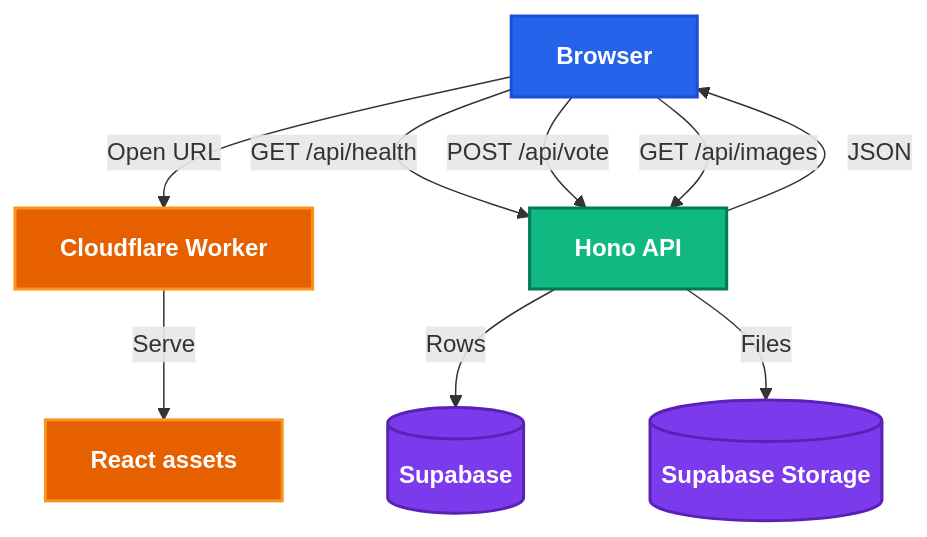
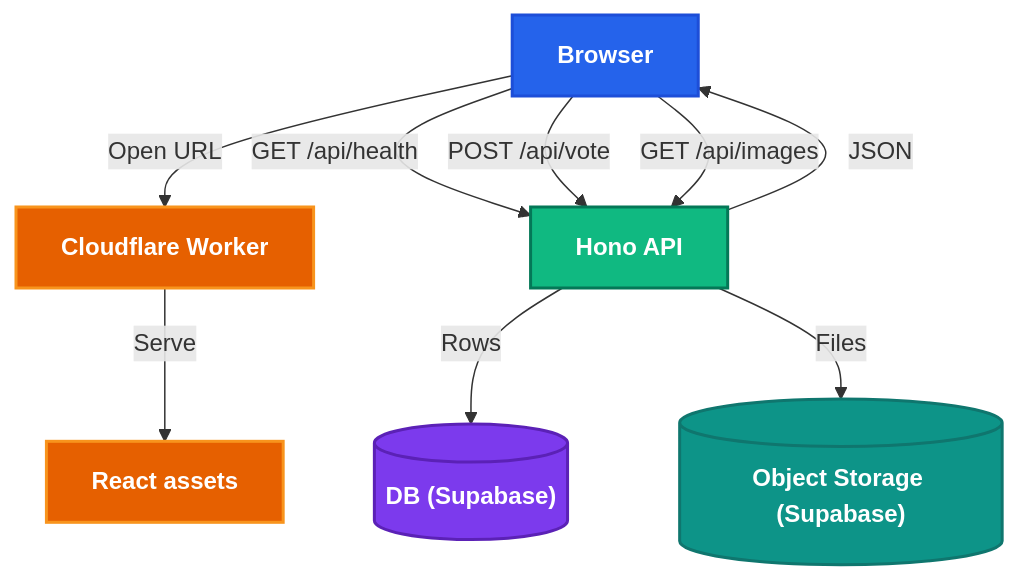
The sixth of 8 diagrams in slides/pages/part-1.md (PuttTim/orbital-26-deployment-workshop), drawn with Mermaid before and after one commit. The commit also changed other lines of this file and 1 other file, not shown here.

````diff
--- a/slides/pages/part-1.md
+++ b/slides/pages/part-1.md
@@ -1102,21 +1135,23 @@
 ```mermaid {scale: 0.9}
 flowchart TB
     B[Browser] -->|Open URL| W[Cloudflare Worker]
     W -->|Serve| A[React assets]
     B -->|GET /api/health| H[Hono API]
     H -->|JSON| B
     B -->|POST /api/vote| H
-    H -->|Rows| S[(Supabase)]
+    H -->|Rows| S[("DB (Supabase)")]
     B -->|GET /api/images| H
-    H -->|Files| F[(Supabase Storage)]
+    H -->|Files| F[("Object Storage (Supabase)")]
 
     classDef client fill:#2563eb,color:#ffffff,stroke:#1d4ed8,stroke-width:2px,font-weight:bold
     classDef worker fill:#e66000,color:#ffffff,stroke:#f8941d,stroke-width:2px,font-weight:bold
     classDef api fill:#10b981,color:#ffffff,stroke:#047857,stroke-width:2px,font-weight:bold
-    classDef data fill:#7c3aed,color:#ffffff,stroke:#5b21b6,stroke-width:2px,font-weight:bold
+    classDef db fill:#7c3aed,color:#ffffff,stroke:#5b21b6,stroke-width:2px,font-weight:bold
+    classDef storage fill:#0d9488,color:#ffffff,stroke:#0f766e,stroke-width:2px,font-weight:bold
 
     class B client
     class W,A worker
     class H api
-    class S,F data
+    class S db
+    class F storage
 ```
````
